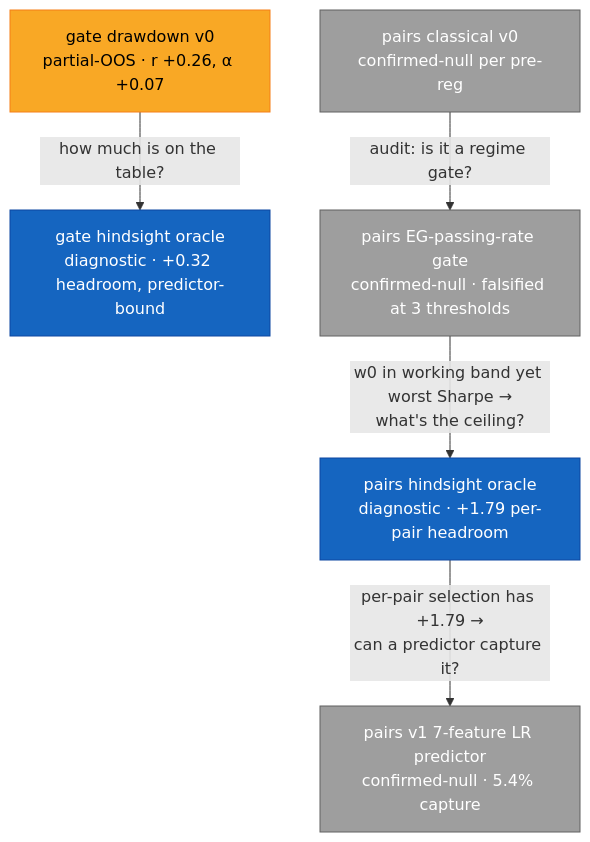
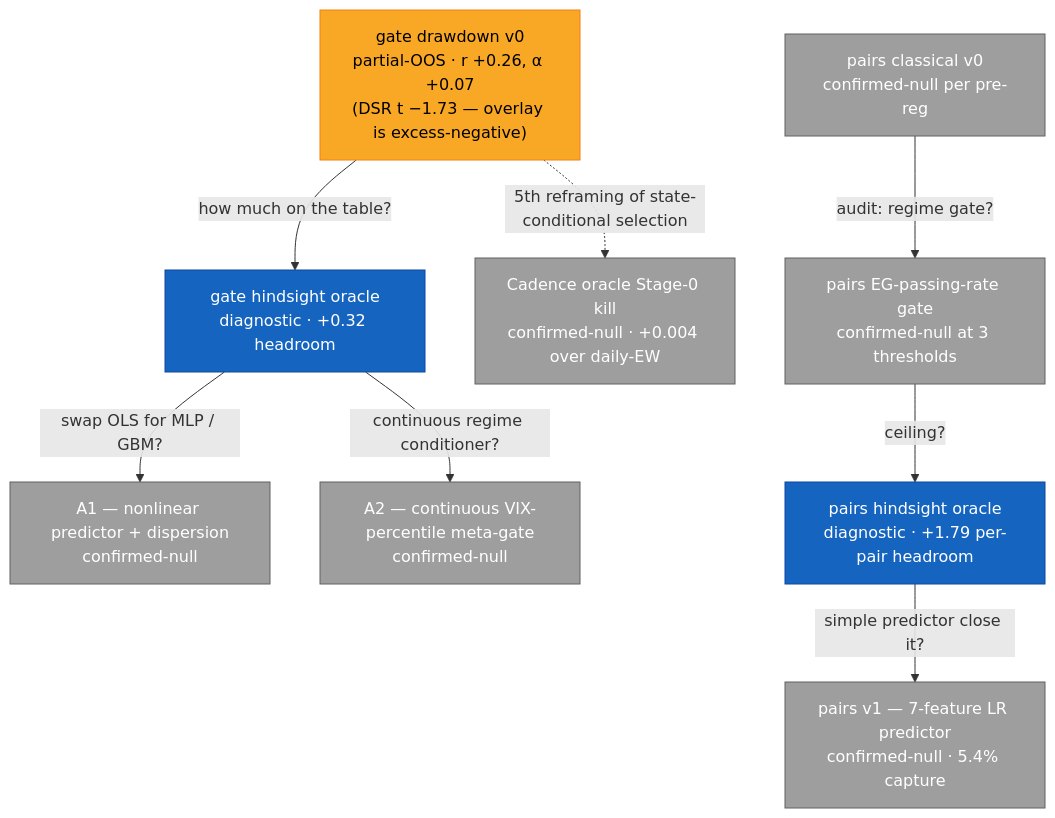
The eighth of 12 diagrams in apps/docs/docs/map.md (sughodke/StockSurvey), drawn with Mermaid before and after one commit. The commit also changed other lines of this file and 52 other files, not shown here.

````diff
--- a/apps/docs/docs/map.md
+++ b/apps/docs/docs/map.md
@@ -191,18 +349,24 @@
 ```mermaid
 flowchart TD
-    gv0["gate drawdown v0<br/>partial-OOS · r +0.26, α +0.07"]:::pOOS
-    gorc["gate hindsight oracle<br/>diagnostic · +0.32 headroom, predictor-bound"]:::diag
-    gv0 -->|"how much is on the table?"| gorc
+    gv0["gate drawdown v0<br/>partial-OOS · r +0.26, α +0.07<br/>(DSR t −1.73 — overlay is excess-negative)"]:::pOOS
+    gorc["gate hindsight oracle<br/>diagnostic · +0.32 headroom"]:::diag
+    gv0 -->|"how much on the table?"| gorc
+    ga1["A1 — nonlinear predictor + dispersion<br/>confirmed-null"]:::cnull
+    ga2["A2 — continuous VIX-percentile meta-gate<br/>confirmed-null"]:::cnull
+    gorc -->|"swap OLS for MLP / GBM?"| ga1
+    gorc -->|"continuous regime conditioner?"| ga2
+    cad["Cadence oracle Stage-0 kill<br/>confirmed-null · +0.004 over daily-EW"]:::cnull
+    gv0 -.->|"5th reframing of state-conditional selection"| cad
 
     pv0["pairs classical v0<br/>confirmed-null per pre-reg"]:::cnull
-    peg["pairs EG-passing-rate gate<br/>confirmed-null · falsified at 3 thresholds"]:::cnull
+    peg["pairs EG-passing-rate gate<br/>confirmed-null at 3 thresholds"]:::cnull
     porc["pairs hindsight oracle<br/>diagnostic · +1.79 per-pair headroom"]:::diag
-    pv1["pairs v1 7-feature LR predictor<br/>confirmed-null · 5.4% capture"]:::cnull
-    pv0 -->|"audit: is it a regime gate?"| peg
-    peg -->|"w0 in working band yet worst Sharpe →<br/>what's the ceiling?"| porc
-    porc -->|"per-pair selection has +1.79 →<br/>can a predictor capture it?"| pv1
+    pv1["pairs v1 — 7-feature LR predictor<br/>confirmed-null · 5.4% capture"]:::cnull
+    pv0 -->|"audit: regime gate?"| peg
+    peg -->|"ceiling?"| porc
+    porc -->|"simple predictor close it?"| pv1
 
     classDef pOOS fill:#f9a825,stroke:#f57f17,color:#000
     classDef cnull fill:#9e9e9e,stroke:#616161,color:#fff
     classDef diag fill:#1565c0,stroke:#0d47a1,color:#fff
 ```
````
